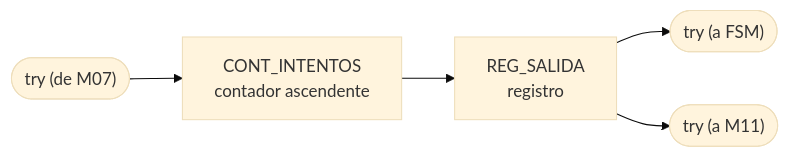
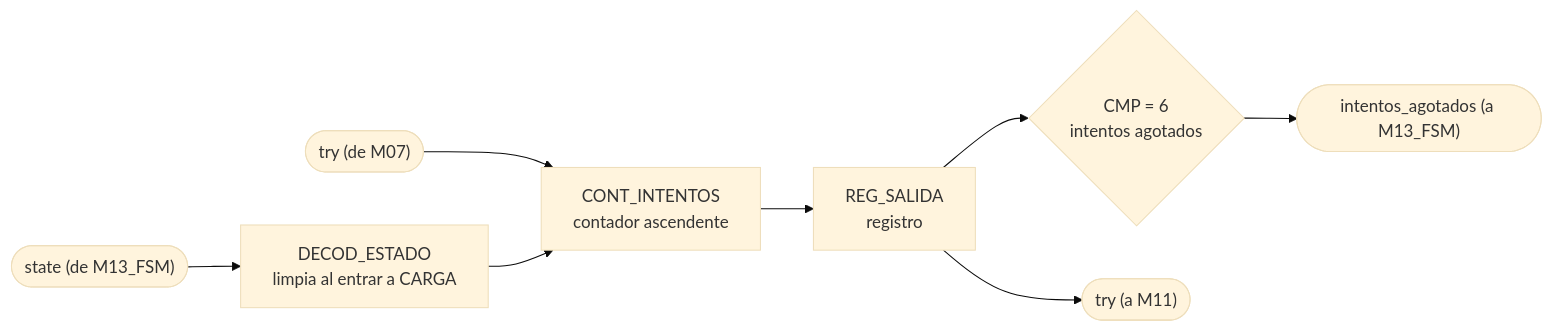
Diagram 13 of 14 in docs/diseño/diagramas/nivel03.md (Taller-de-diseno-digital-GR01/Proyecto-2-Ahorcado), drawn with Mermaid (base theme) before and after one commit. The commit also changed other lines of this file and 1 other file, not shown here.

Commit message:
nivel03: agregar M13_FSM, los demas modulos ahora decodifican state

````diff
--- a/docs/diseño/diagramas/nivel03.md
+++ b/docs/diseño/diagramas/nivel03.md
@@ -491,7 +549,10 @@
 ```mermaid
 flowchart LR
     IN_TRY(["try (de M07)"]) --> CNT1["CONT_INTENTOS<br/>contador ascendente"]
+    IN_STATE(["state (de M13_FSM)"]) --> DEC_ST["DECOD_ESTADO<br/>limpia al entrar a CARGA"]
+    DEC_ST --> CNT1
     CNT1 --> REG_OUT["REG_SALIDA<br/>registro"]
-    REG_OUT --> OUT_FSM(["try (a FSM)"])
+    REG_OUT --> CMP1{"CMP = 6<br/>intentos agotados"}
+    CMP1 --> OUT_FSM(["intentos_agotados (a M13_FSM)"])
     REG_OUT --> OUT_M11(["try (a M11)"])
 ```
````
